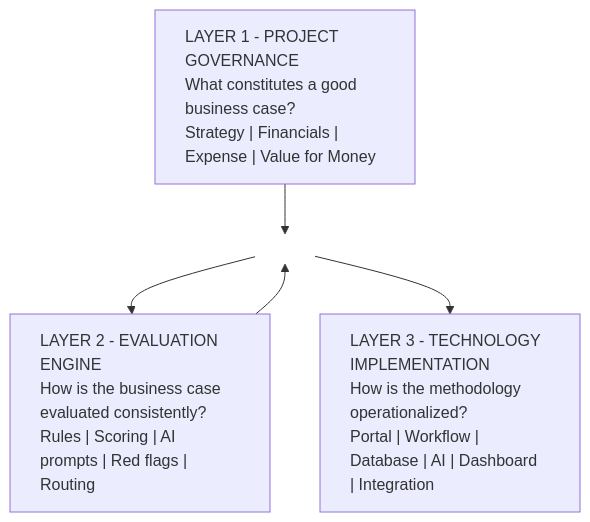
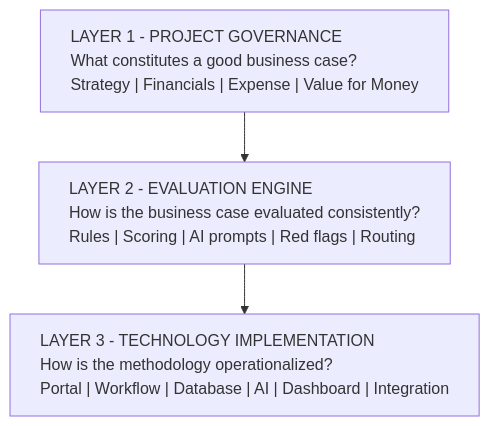
Before and after one commit to dwiputris/business-case-automation: the third of 3 diagrams in README.md, drawn with Mermaid. The commit also changed other lines of this file, not shown here.

````diff
--- a/README.md
+++ b/README.md
@@ -68,18 +52,15 @@
 ```mermaid
 flowchart TD
     Node1["LAYER 1 - PROJECT GOVERNANCE<br>What constitutes a good business case?<br>Strategy | Financials | Expense | Value for Money"]
     
-    Node1 --> NextStep[ ]
-    style NextStep fill:none,stroke:none
-    
-    NextStep --> Node2["LAYER 2 - EVALUATION ENGINE<br>How is the business case evaluated consistently?<br>Rules | Scoring | AI prompts | Red flags | Routing"]
-    
-    Node2 --> NextStep[ ]
-    style NextStep fill:none,stroke:none
-    
-    NextStep --> Node3["LAYER 3 - TECHNOLOGY IMPLEMENTATION<br>How is the methodology operationalized?<br>Portal | Workflow | Database | AI | Dashboard | Integration"]
+    Node2["LAYER 2 - EVALUATION ENGINE<br>How is the business case evaluated consistently?<br>Rules | Scoring | AI prompts | Red flags | Routing"]
 
-    style Node1 text-align:left
-    style Node2 text-align:left
-    style Node3 text-align:left
+    Node3["LAYER 3 - TECHNOLOGY IMPLEMENTATION<br>How is the methodology operationalized?<br>Portal | Workflow | Database | AI | Dashboard | Integration"]
+
+    Node1 --> Node2
+    Node2 --> Node3
+
+    style Node1 text-align:left,white-space:nowrap
+    style Node2 text-align:left,white-space:nowrap
+    style Node3 text-align:left,white-space:nowrap
 ```
````
